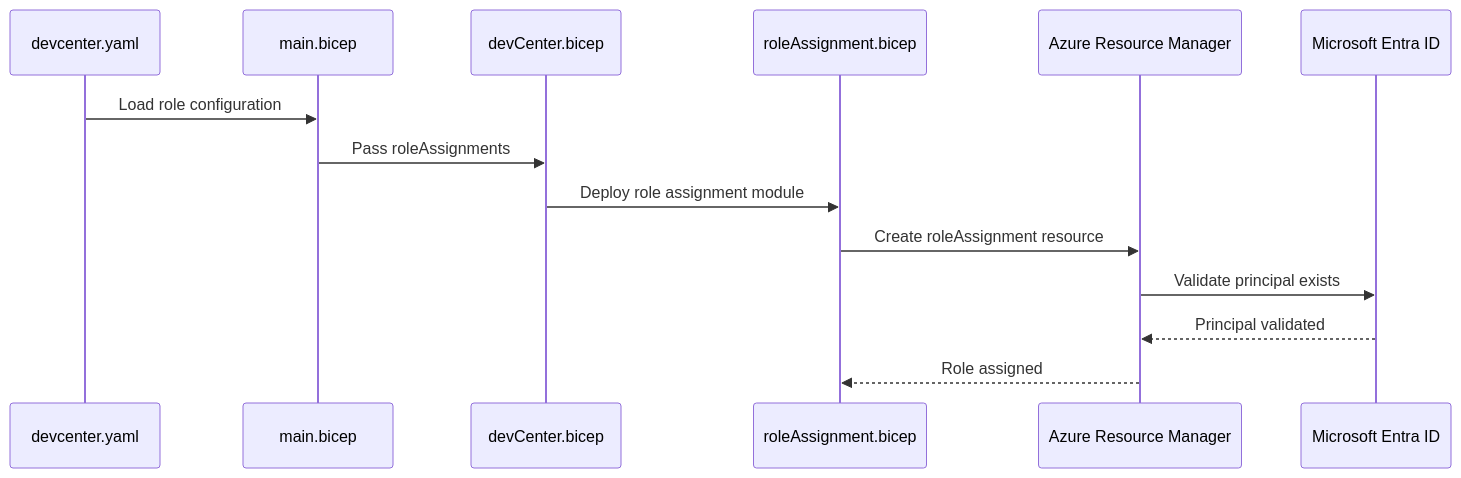
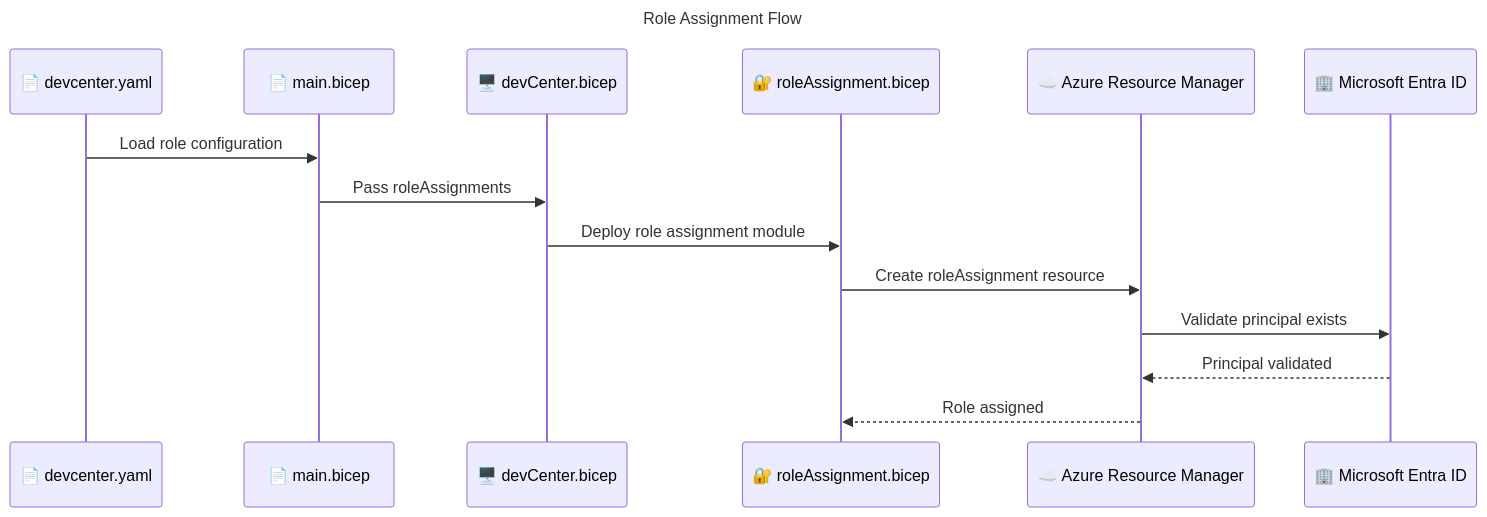
Before and after one commit to Evilazaro/DevExp-DevBox: the sixth of 10 diagrams in docs/architecture/05-security-architecture.md, drawn with Mermaid. The commit also changed other lines of this file, not shown here.

Commit message:
Enhance security architecture documentation by adding emojis, improving diagram styles, and refining connections for better clarity and navigation.

````diff
--- a/docs/architecture/05-security-architecture.md
+++ b/docs/architecture/05-security-architecture.md
@@ -370,17 +458,20 @@
 ```mermaid
+---
+title: Role Assignment Flow
+---
 sequenceDiagram
-    participant YAML as devcenter.yaml
-    participant MAIN as main.bicep
-    participant DC as devCenter.bicep
-    participant RA as roleAssignment.bicep
-    participant ARM as Azure Resource Manager
-    participant AAD as Microsoft Entra ID
+    participant YAML as 📄 devcenter.yaml
+    participant MAIN as 📄 main.bicep
+    participant DC as 🖥️ devCenter.bicep
+    participant RA as 🔐 roleAssignment.bicep
+    participant ARM as ☁️ Azure Resource Manager
+    participant AAD as 🏢 Microsoft Entra ID
     
     YAML->>MAIN: Load role configuration
     MAIN->>DC: Pass roleAssignments
     DC->>RA: Deploy role assignment module
     RA->>ARM: Create roleAssignment resource
     ARM->>AAD: Validate principal exists
     AAD-->>ARM: Principal validated
     ARM-->>RA: Role assigned
 ```
````
